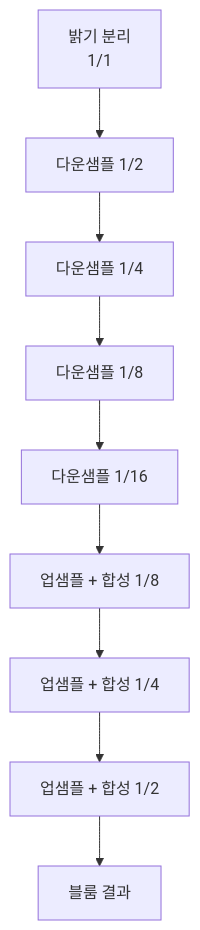
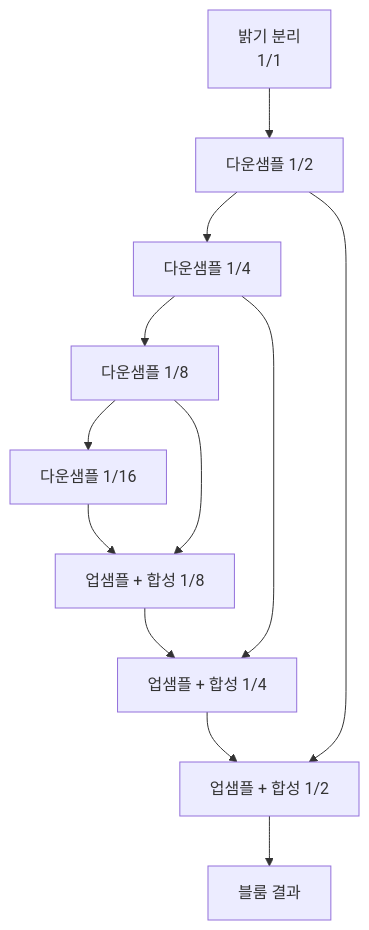
Before and after one commit to Rein-ArXiv/game-dev-curriculum: the first of 2 diagrams in graphics/stage1_gl_proj_05_postprocess.md, drawn with Mermaid. The commit also changed other lines of this file and 279 other files, not shown here.

````diff
--- a/graphics/stage1_gl_proj_05_postprocess.md
+++ b/graphics/stage1_gl_proj_05_postprocess.md
@@ -240,11 +240,14 @@
 ```mermaid
 flowchart TB
     Src[밝기 분리<br/>1/1] --> D2[다운샘플 1/2]
     D2 --> D4[다운샘플 1/4]
     D4 --> D8[다운샘플 1/8]
     D8 --> D16[다운샘플 1/16]
     D16 --> U8[업샘플 + 합성 1/8]
+    D8 --> U8
     U8 --> U4[업샘플 + 합성 1/4]
+    D4 --> U4
     U4 --> U2[업샘플 + 합성 1/2]
+    D2 --> U2
     U2 --> Out[블룸 결과]
 ```
````
